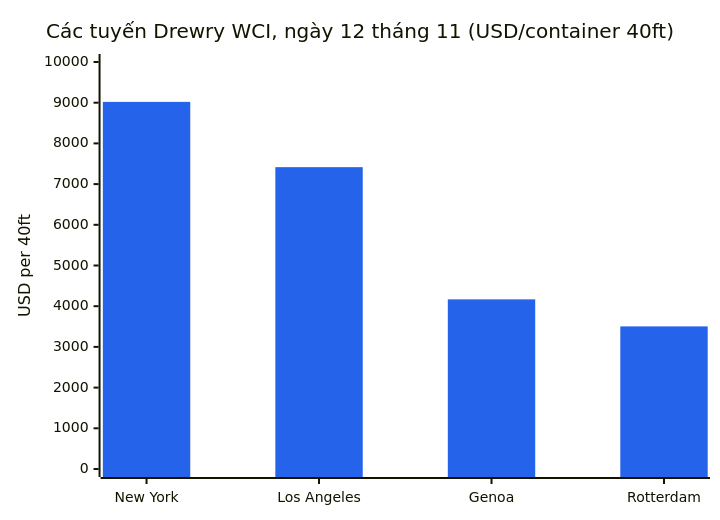
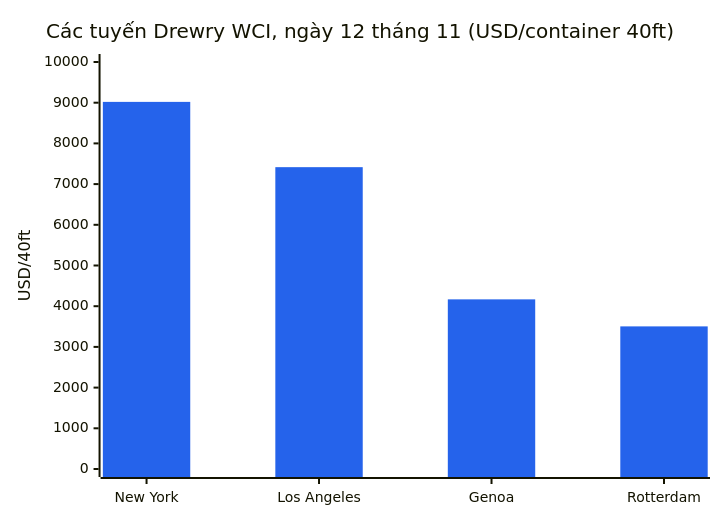
The seventh of 13 diagrams in Global-Trade-Intelligence-weekly-2026-11-16/index.vi.md (dureach/research), drawn with Mermaid before and after one commit. The commit also changed other lines of this file and 5 other files, not shown here.

````diff
--- a/Global-Trade-Intelligence-weekly-2026-11-16/index.vi.md
+++ b/Global-Trade-Intelligence-weekly-2026-11-16/index.vi.md
@@ -469,8 +469,8 @@
 ```mermaid
 %%{init: {'theme': 'base', 'themeVariables': {'xyChart': {'plotColorPalette': '#2563eb'}}}}%%
 xychart-beta
     title "Các tuyến Drewry WCI, ngày 12 tháng 11 (USD/container 40ft)"
     x-axis ["New York", "Los Angeles", "Genoa", "Rotterdam"]
-    y-axis "USD per 40ft" 0 --> 10000
+    y-axis "USD/40ft" 0 --> 10000
     bar [9020, 7416, 4168, 3504]
 ```
````
